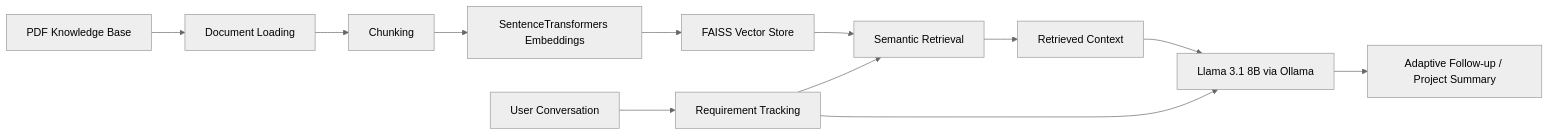
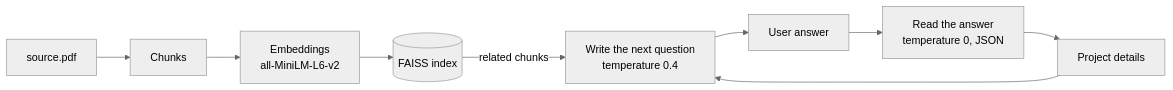
One commit to behnaz11216/rag-conversational-ai changed the diagram in README.md. Above: the diagram before and after it, drawn with Mermaid (neutral theme). The commit also changed other lines of this file and 8 other files, not shown here.

````diff
--- a/README.md
+++ b/README.md
@@ -11,14 +17,11 @@
 ```mermaid
 flowchart LR
-    A[PDF Knowledge Base] --> B[Document Loading]
-    B --> C[Chunking]
-    C --> D[SentenceTransformers Embeddings]
-    D --> E[FAISS Vector Store]
-    U[User Conversation] --> F[Requirement Tracking]
-    F --> G[Semantic Retrieval]
-    E --> G
-    G --> H[Retrieved Context]
-    H --> I[Llama 3.1 8B via Ollama]
-    F --> I
-    I --> J[Adaptive Follow-up / Project Summary]
+    A[source.pdf] --> B[Chunks]
+    B --> C[Embeddings<br/>all-MiniLM-L6-v2]
+    C --> D[(FAISS index)]
+    U[User answer] --> E[Read the answer<br/>temperature 0, JSON]
+    E --> F[Project details]
+    F --> G[Write the next question<br/>temperature 0.4]
+    D -->|related chunks| G
+    G --> U
 ```
````
